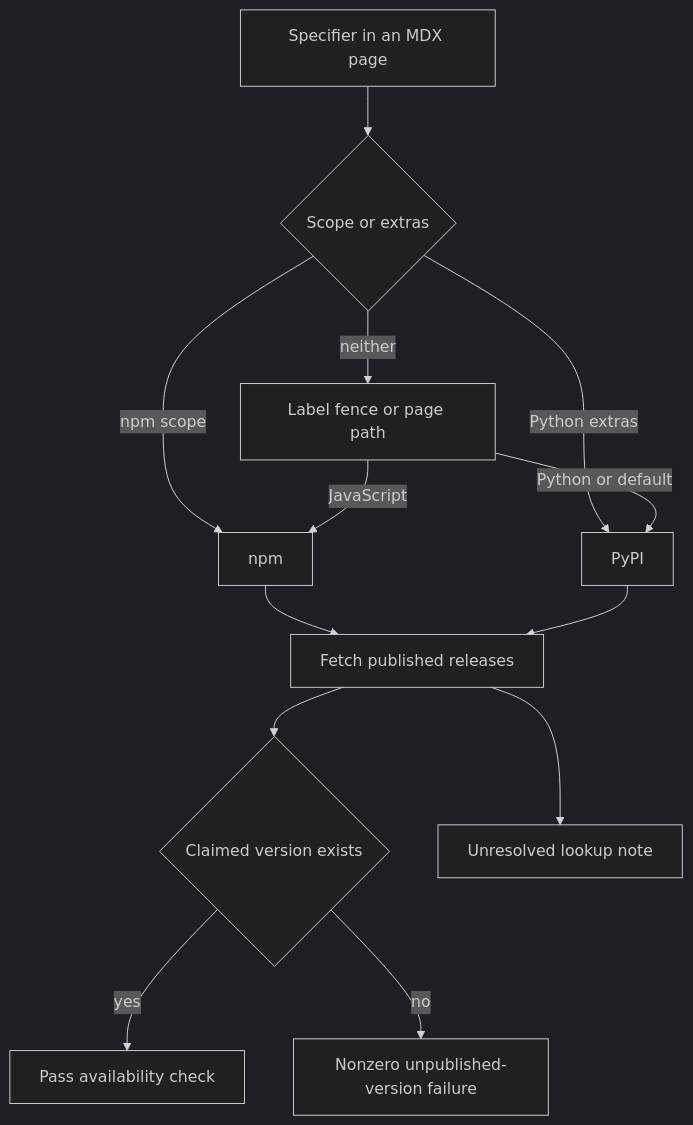
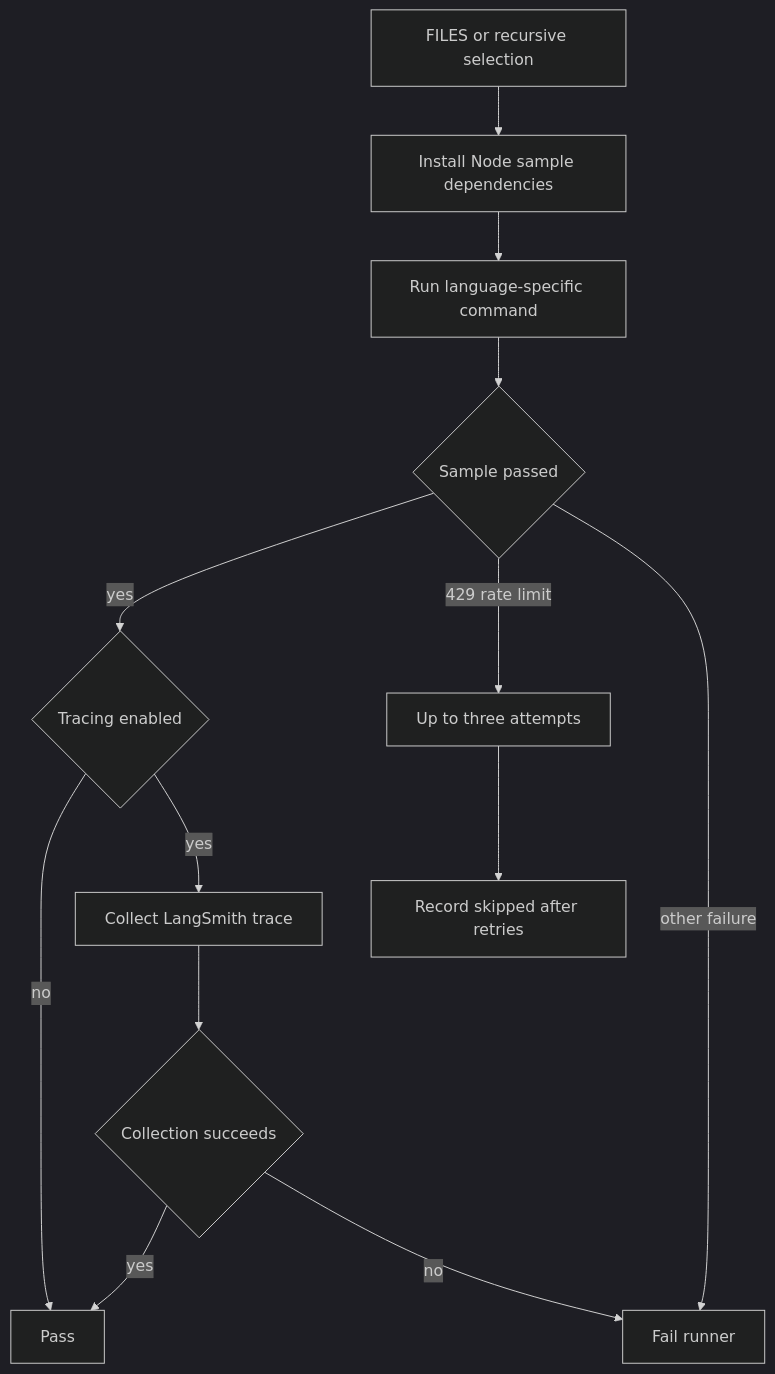
Before and after one commit to langchain-ai/docs: the second of 2 diagrams in openwiki/testing/test-overview.md, drawn with Mermaid (dark theme). The commit also changed other lines of this file and 25 other files, not shown here.

````diff
--- a/openwiki/testing/test-overview.md
+++ b/openwiki/testing/test-overview.md
@@ -127,15 +165,15 @@
 ```mermaid
 flowchart TD
-  Spec["Specifier in an MDX page"] --> Syntax{"Scope or extras"}
-  Syntax -->|"npm scope"| Npm["npm"]
-  Syntax -->|"Python extras"| Pypi["PyPI"]
-  Syntax -->|"neither"| Context["Label fence or page path"]
-  Context -->|"JavaScript"| Npm
-  Context -->|"Python or default"| Pypi
-  Npm --> Lookup["Fetch published releases"]
-  Pypi --> Lookup
-  Lookup --> Result{"Claimed version exists"}
-  Result -->|"yes"| Available["Pass availability check"]
-  Result -->|"no"| Unpublished["Nonzero unpublished-version failure"]
-  Lookup --> Unresolved["Unresolved lookup note"]
+  Select["FILES or recursive selection"] --> Env["Install Node sample dependencies"]
+  Env --> Execute["Run language-specific command"]
+  Execute --> Result{"Sample passed"}
+  Result -->|"yes"| Trace{"Tracing enabled"}
+  Trace -->|"no"| Pass["Pass"]
+  Trace -->|"yes"| Collect["Collect LangSmith trace"]
+  Collect --> TraceResult{"Collection succeeds"}
+  TraceResult -->|"yes"| Pass
+  TraceResult -->|"no"| Fail["Fail runner"]
+  Result -->|"429 rate limit"| Retry["Up to three attempts"]
+  Retry --> Skip["Record skipped after retries"]
+  Result -->|"other failure"| Fail
 ```
````
